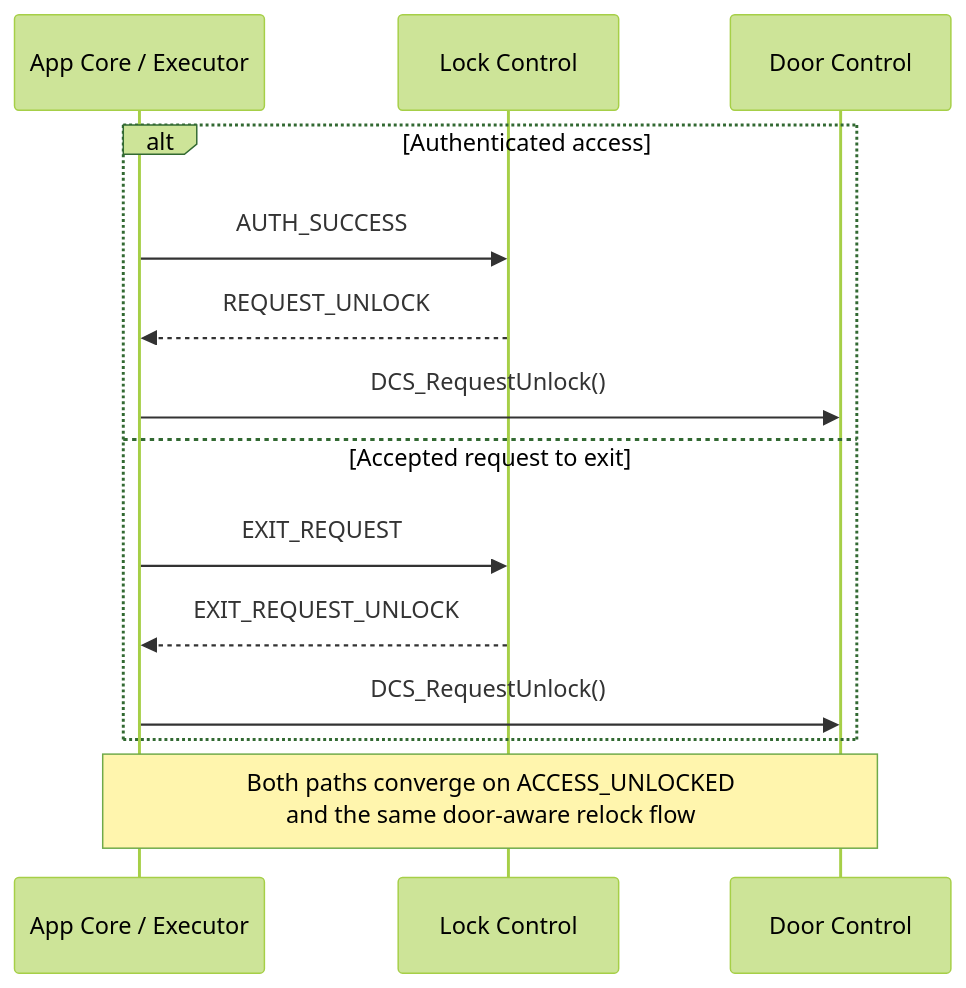
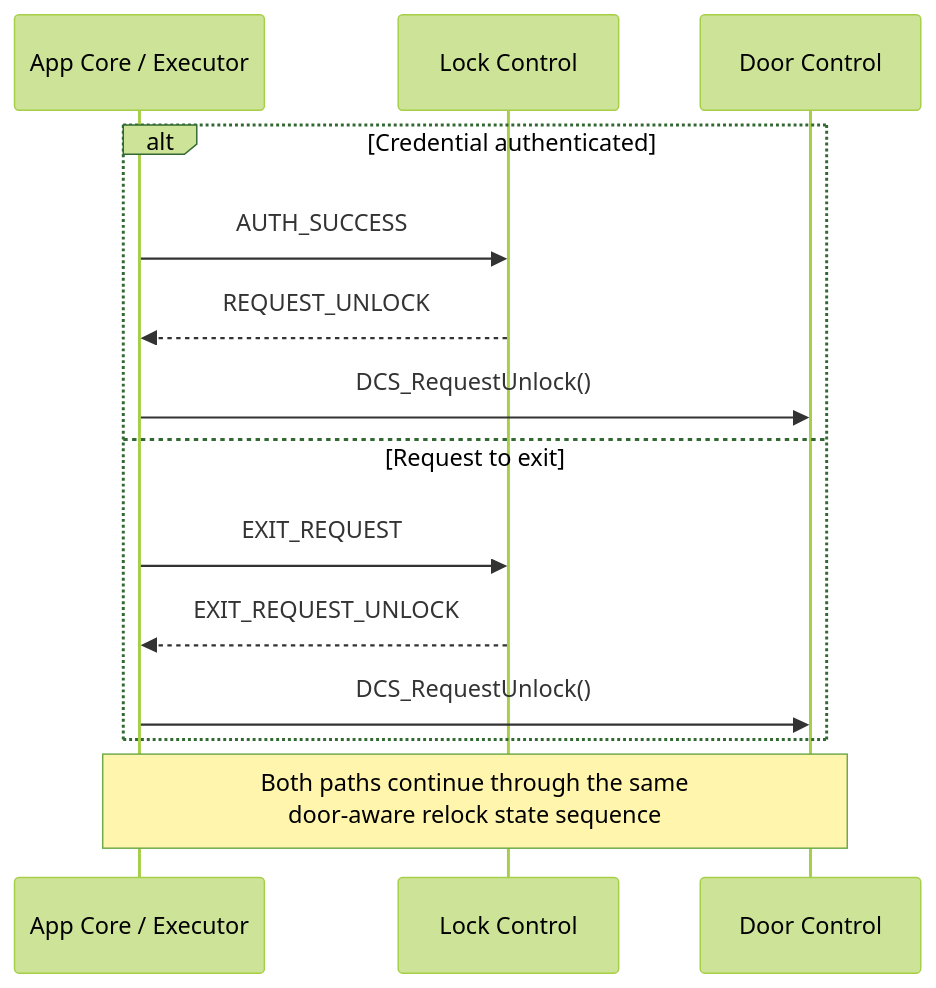
The third of 4 diagrams in App/README.md (JP-REY/STM32F103C8T6-Based-Electronic-Lock), drawn with Mermaid (forest theme) before and after one commit. The commit also changed other lines of this file and 22 other files, not shown here.

First line of the commit message:
docs: update project architecture and module documentation

````diff
--- a/App/README.md
+++ b/App/README.md
@@ -763,18 +691,18 @@
 ```mermaid
 sequenceDiagram
     participant APP as App Core / Executor
     participant LCS as Lock Control
     participant DCS as Door Control
 
-    alt Authenticated access
+    alt Credential authenticated
         APP->>LCS: AUTH_SUCCESS
         LCS-->>APP: REQUEST_UNLOCK
         APP->>DCS: DCS_RequestUnlock()
-    else Accepted request to exit
+    else Request to exit
         APP->>LCS: EXIT_REQUEST
         LCS-->>APP: EXIT_REQUEST_UNLOCK
         APP->>DCS: DCS_RequestUnlock()
     end
 
-    Note over APP,DCS: Both paths converge on ACCESS_UNLOCKED<br/>and the same door-aware relock flow
+    Note over APP,DCS: Both paths continue through the same<br/>door-aware relock state sequence
 ```
````
